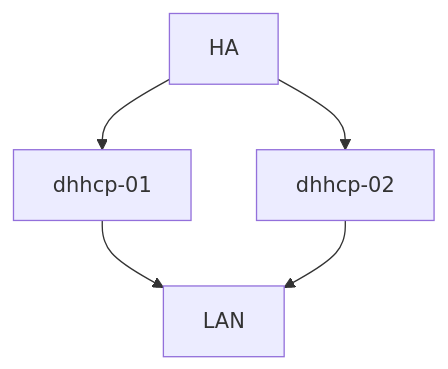
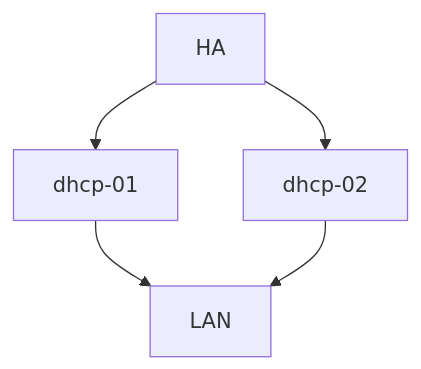
Before and after one commit to ivanterner/Time_of_the_first: the diagram in Config_DHCP_Failover.md, drawn with Mermaid. The commit also changed other lines of this file, not shown here.

````diff
--- a/Config_DHCP_Failover.md
+++ b/Config_DHCP_Failover.md
@@ -3,7 +3,7 @@
 ```mermaid
 graph TD;
-    HA-->dhhcp-01;
-    HA-->dhhcp-02;
-    dhhcp-01-->LAN;
-    dhhcp-02-->LAN;
+    HA-->dhcp-01;
+    HA-->dhcp-02;
+    dhcp-01-->LAN;
+    dhcp-02-->LAN;
 ```
````
